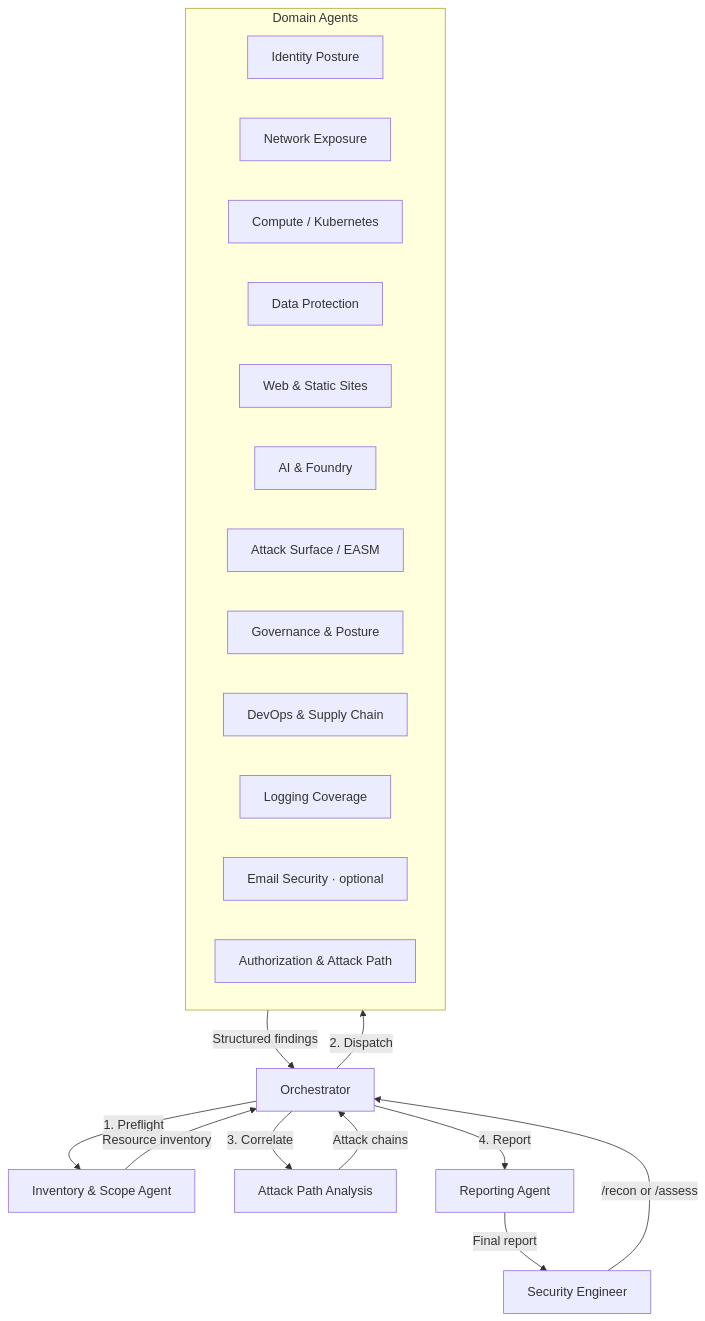
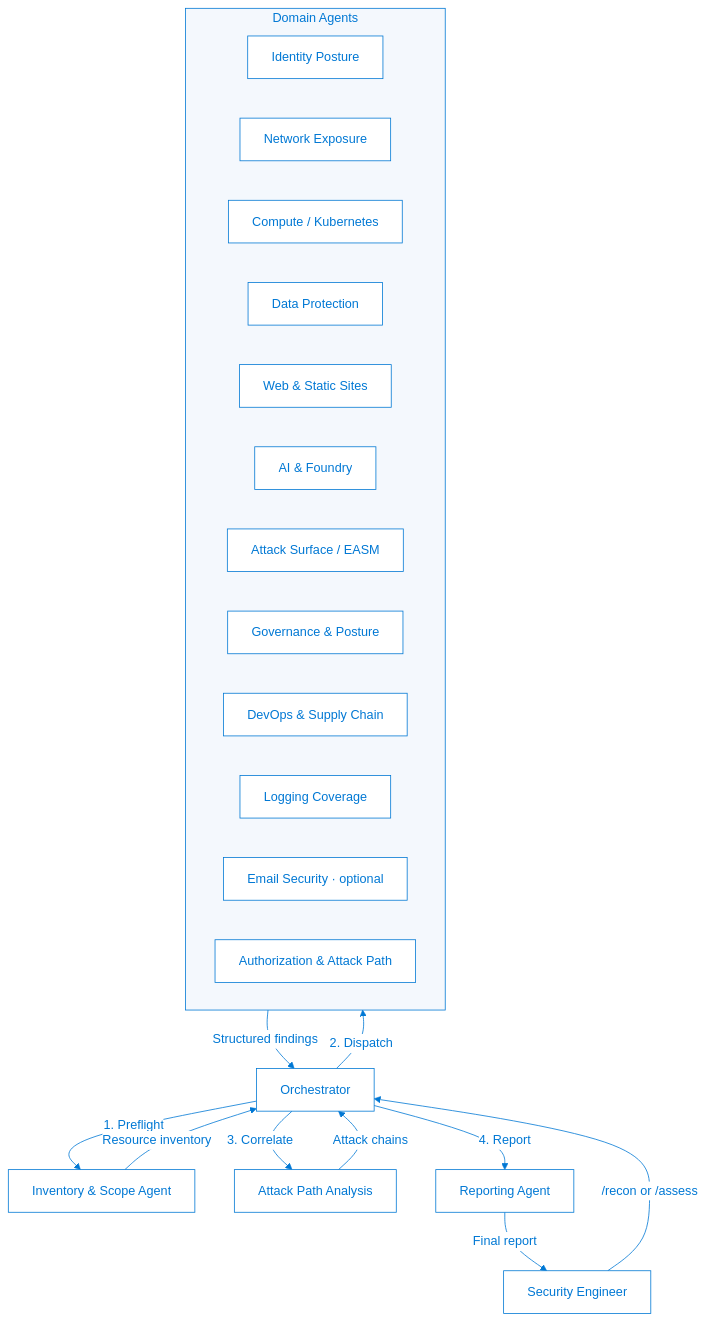
Before and after one commit to Contoso-State/red-team-agent-orchestration: the diagram in README.md, drawn with Mermaid.

Commit message:
docs: put Agent Team before How It Works and theme architecture graph in Azure blue
Move the Agent Team section above How It Works in the README, and theme the architecture mermaid graph so node/edge text and borders render in Azure blue (#0078D4) on white instead of the default white-on-dark font.

````diff
--- a/README.md
+++ b/README.md
@@ -42,28 +68,29 @@
 ```mermaid
+%%{init: {'theme':'base','themeVariables':{'primaryColor':'#ffffff','primaryBorderColor':'#0078D4','primaryTextColor':'#0078D4','lineColor':'#0078D4','textColor':'#0078D4','titleColor':'#0078D4','clusterBkg':'#f4f8fd','clusterBorder':'#0078D4','edgeLabelBackground':'#ffffff','fontFamily':'Segoe UI, Helvetica, Arial, sans-serif'}}}%%
 graph TD
     User[Security Engineer] -->|/recon or /assess| Orchestrator
     Orchestrator -->|1. Preflight| Preflight[Inventory & Scope Agent]
     Preflight -->|Resource inventory| Orchestrator
     Orchestrator -->|2. Dispatch| Agents
 
     subgraph Agents[Domain Agents]
         ID[Identity Posture]
         NET[Network Exposure]
         COMP[Compute / Kubernetes]
         DATA[Data Protection]
         WEB[Web & Static Sites]
         AI[AI & Foundry]
         EASM[Attack Surface / EASM]
         GOV[Governance & Posture]
         SUP[DevOps & Supply Chain]
         LOG[Logging Coverage]
         MAIL[Email Security · optional]
         AUTH[Authorization & Attack Path]
     end
 
     Agents -->|Structured findings| Orchestrator
     Orchestrator -->|3. Correlate| APA[Attack Path Analysis]
     APA -->|Attack chains| Orchestrator
     Orchestrator -->|4. Report| Reporter[Reporting Agent]
     Reporter -->|Final report| User
 ```
````
